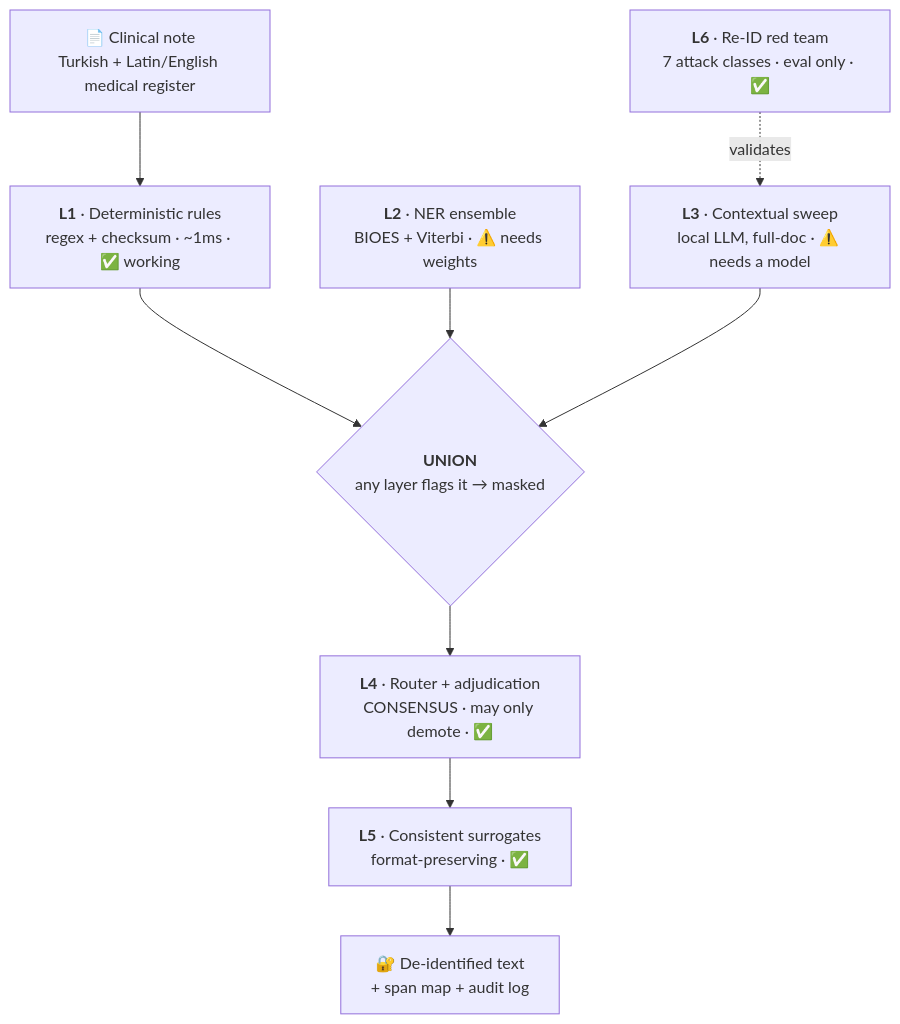
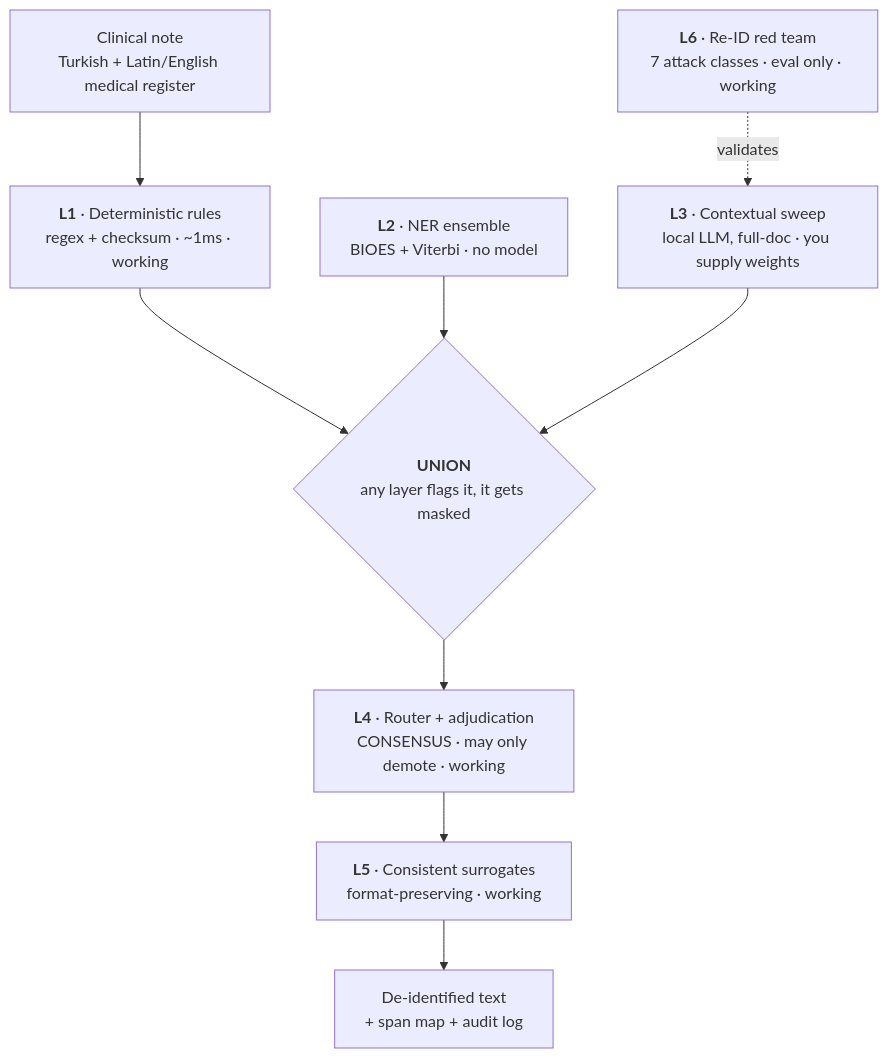
One commit to ArioMoniri/PIIMa changed the diagram in README.md. Above: the diagram before and after it, drawn with Mermaid. The commit also changed other lines of this file and 59 other files, not shown here.

````diff
--- a/README.md
+++ b/README.md
@@ -117,12 +333,12 @@
 ```mermaid
 flowchart TD
-    A["📄 Clinical note<br/>Turkish + Latin/English medical register"] --> L1
-    L1["<b>L1</b> · Deterministic rules<br/>regex + checksum · ~1ms · ✅ working"] --> U
-    L2["<b>L2</b> · NER ensemble<br/>BIOES + Viterbi · ⚠️ needs weights"] --> U
-    L3["<b>L3</b> · Contextual sweep<br/>local LLM, full-doc · ⚠️ needs a model"] --> U
-    U{"<b>UNION</b><br/>any layer flags it → masked"} --> L4
-    L4["<b>L4</b> · Router + adjudication<br/>CONSENSUS · may only demote · ✅"] --> L5
-    L5["<b>L5</b> · Consistent surrogates<br/>format-preserving · ✅"] --> OUT
-    OUT["🔐 De-identified text<br/>+ span map + audit log"]
-    L6["<b>L6</b> · Re-ID red team<br/>7 attack classes · eval only · ✅"] -.validates.-> L3
+    A["Clinical note<br/>Turkish + Latin/English medical register"] --> L1
+    L1["<b>L1</b> · Deterministic rules<br/>regex + checksum · ~1ms · working"] --> U
+    L2["<b>L2</b> · NER ensemble<br/>BIOES + Viterbi · no model"] --> U
+    L3["<b>L3</b> · Contextual sweep<br/>local LLM, full-doc · you supply weights"] --> U
+    U{"<b>UNION</b><br/>any layer flags it, it gets masked"} --> L4
+    L4["<b>L4</b> · Router + adjudication<br/>CONSENSUS · may only demote · working"] --> L5
+    L5["<b>L5</b> · Consistent surrogates<br/>format-preserving · working"] --> OUT
+    OUT["De-identified text<br/>+ span map + audit log"]
+    L6["<b>L6</b> · Re-ID red team<br/>7 attack classes · eval only · working"] -.validates.-> L3
 ```
````
